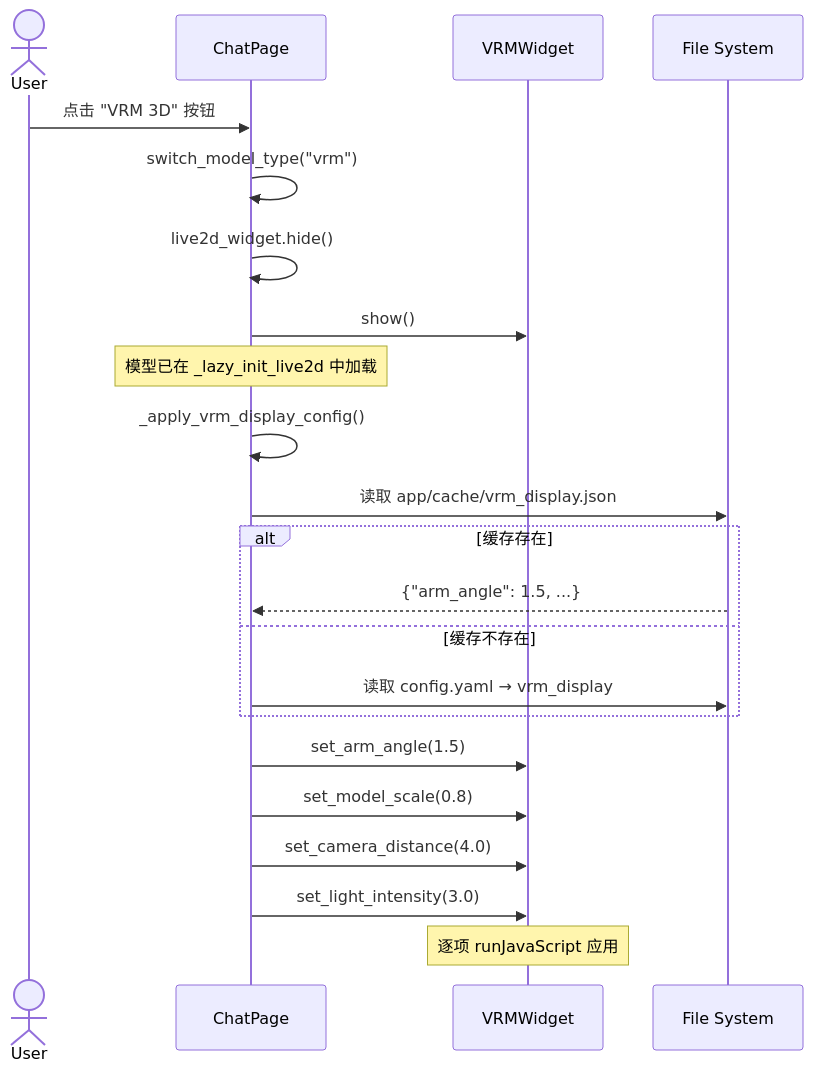
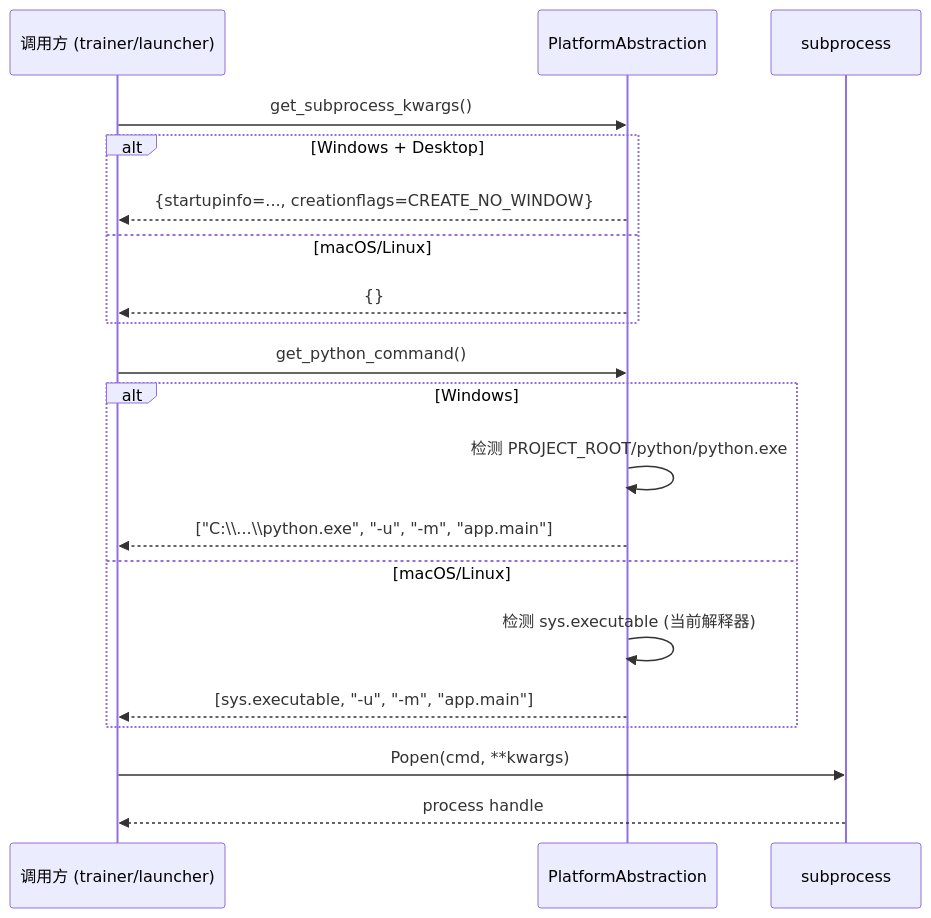
One commit to xzt238/ai-vtuber-fixed changed the fourth of 5 diagrams in docs/system_design.md. Above: the diagram before and after it, drawn with Mermaid. The commit also changed other lines of this file and 15 other files, not shown here.

First line of the commit message:
v1.10.5+platform: Phase 1 跨平台基础设施 (Mac/Linux/iOS/Android)

````diff
--- a/docs/system_design.md
+++ b/docs/system_design.md
@@ -292,25 +332,25 @@
 ```mermaid
 sequenceDiagram
-    actor User
-    participant CP as ChatPage
-    participant VRM as VRMWidget
-    participant FS as File System
+    participant Caller as 调用方 (trainer/launcher)
+    participant PA as PlatformAbstraction
+    participant Subprocess as subprocess
 
-    User->>CP: 点击 "VRM 3D" 按钮
-    CP->>CP: switch_model_type("vrm")
-    CP->>CP: live2d_widget.hide()
-    CP->>VRM: show()
-    Note over CP: 模型已在 _lazy_init_live2d 中加载
-    CP->>CP: _apply_vrm_display_config()
-    CP->>FS: 读取 app/cache/vrm_display.json
-    alt 缓存存在
-        FS-->>CP: {"arm_angle": 1.5, ...}
-    else 缓存不存在
-        CP->>FS: 读取 config.yaml → vrm_display
+    Caller->>PA: get_subprocess_kwargs()
+    alt Windows + Desktop
+        PA-->>Caller: {startupinfo=..., creationflags=CREATE_NO_WINDOW}
+    else macOS/Linux
+        PA-->>Caller: {}
     end
-    CP->>VRM: set_arm_angle(1.5)
-    CP->>VRM: set_model_scale(0.8)
-    CP->>VRM: set_camera_distance(4.0)
-    CP->>VRM: set_light_intensity(3.0)
-    Note over VRM: 逐项 runJavaScript 应用
+
+    Caller->>PA: get_python_command()
+    alt Windows
+        PA->>PA: 检测 PROJECT_ROOT/python/python.exe
+        PA-->>Caller: ["C:\\...\\python.exe", "-u", "-m", "app.main"]
+    else macOS/Linux
+        PA->>PA: 检测 sys.executable (当前解释器)
+        PA-->>Caller: [sys.executable, "-u", "-m", "app.main"]
+    end
+
+    Caller->>Subprocess: Popen(cmd, **kwargs)
+    Subprocess-->>Caller: process handle
 ```
````
